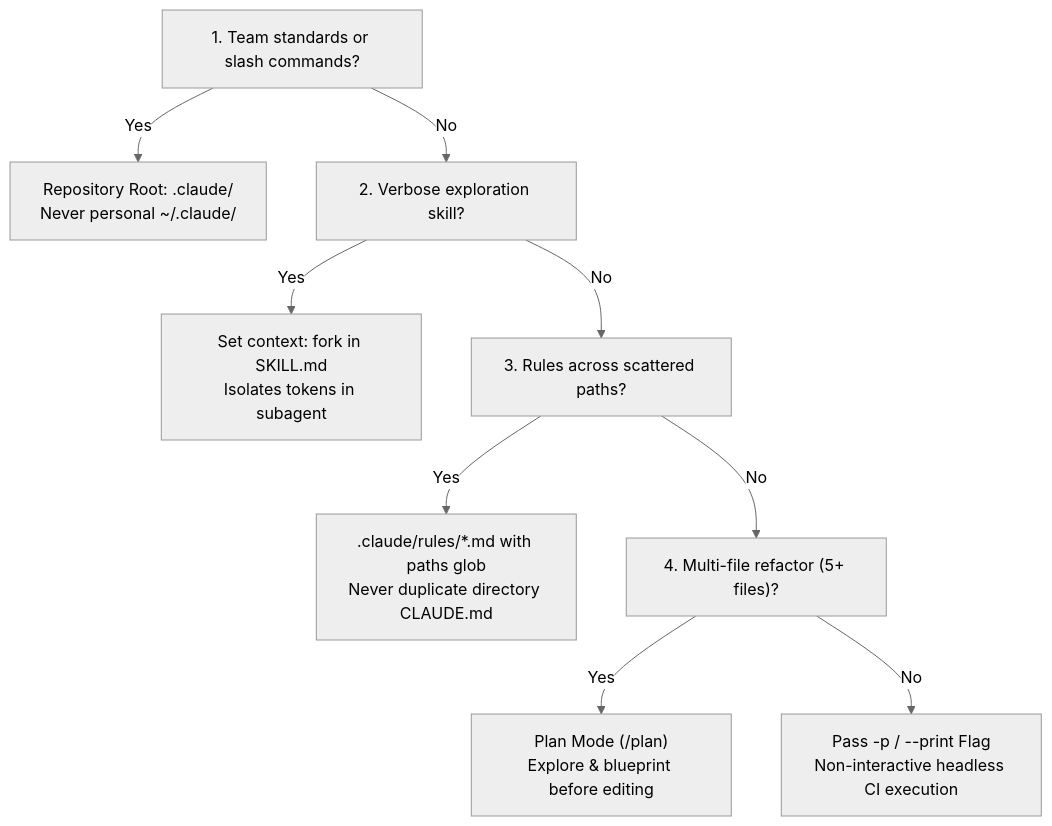
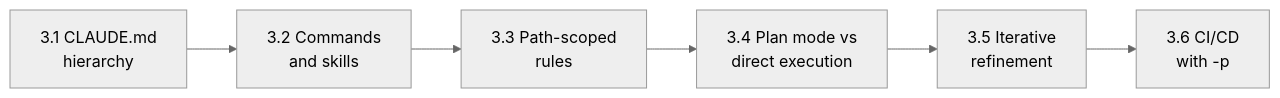
The diagram in domain3/README.md (dip4k/claude_cert_architect_foundation_prep), drawn with Mermaid (neutral theme) before and after one commit. The commit also changed other lines of this file and 133 other files, not shown here.

````diff
--- a/domain3/README.md
+++ b/domain3/README.md
@@ -120,11 +11,8 @@
 ```mermaid
-flowchart TD
-    Q1["1. Team standards or slash commands?"] -->|Yes| A1["Repository Root: .claude/<br>Never personal ~/.claude/"]
-    Q1 -->|No| Q2["2. Verbose exploration skill?"]
-    Q2 -->|Yes| A2["Set context: fork in SKILL.md<br>Isolates tokens in subagent"]
-    Q2 -->|No| Q3["3. Rules across scattered paths?"]
-    Q3 -->|Yes| A3[".claude/rules/*.md with paths glob<br>Never duplicate directory CLAUDE.md"]
-    Q3 -->|No| Q4["4. Multi-file refactor (5+ files)?"]
-    Q4 -->|Yes| A4["Plan Mode (/plan)<br>Explore & blueprint before editing"]
-    Q4 -->|No| A5["Pass -p / --print Flag<br>Non-interactive headless CI execution"]
+flowchart LR
+    A["3.1 CLAUDE.md<br>hierarchy"] --> B["3.2 Commands<br>and skills"]
+    B --> C["3.3 Path-scoped<br>rules"]
+    C --> D["3.4 Plan mode vs<br>direct execution"]
+    D --> E["3.5 Iterative<br>refinement"]
+    E --> F["3.6 CI/CD<br>with -p"]
 ```
````
